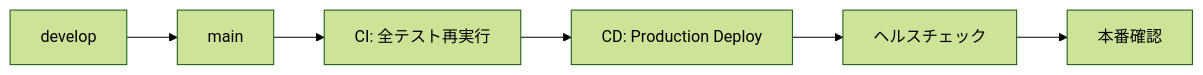
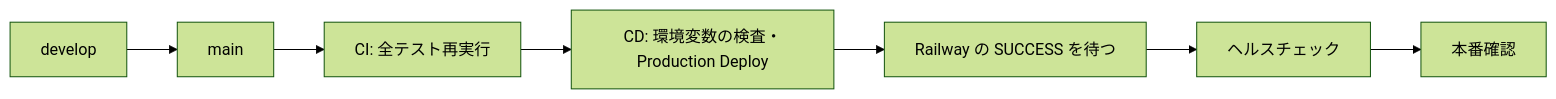
Before and after one commit to inakanou/ArchiTrack: the third of 3 diagrams in docs/deployment/overview.md, drawn with Mermaid (forest theme). The commit also changed other lines of this file and 15 other files, not shown here.

````diff
--- a/docs/deployment/overview.md
+++ b/docs/deployment/overview.md
@@ -65,8 +85,9 @@
 ```mermaid
 graph LR
     A[develop] --> B[main]
     B --> C[CI: 全テスト再実行]
-    C --> D[CD: Production Deploy]
-    D --> E[ヘルスチェック]
+    C --> D[CD: 環境変数の検査・Production Deploy]
+    D --> W[Railway の SUCCESS を待つ]
+    W --> E[ヘルスチェック]
     E --> F[本番確認]
 ```
````
